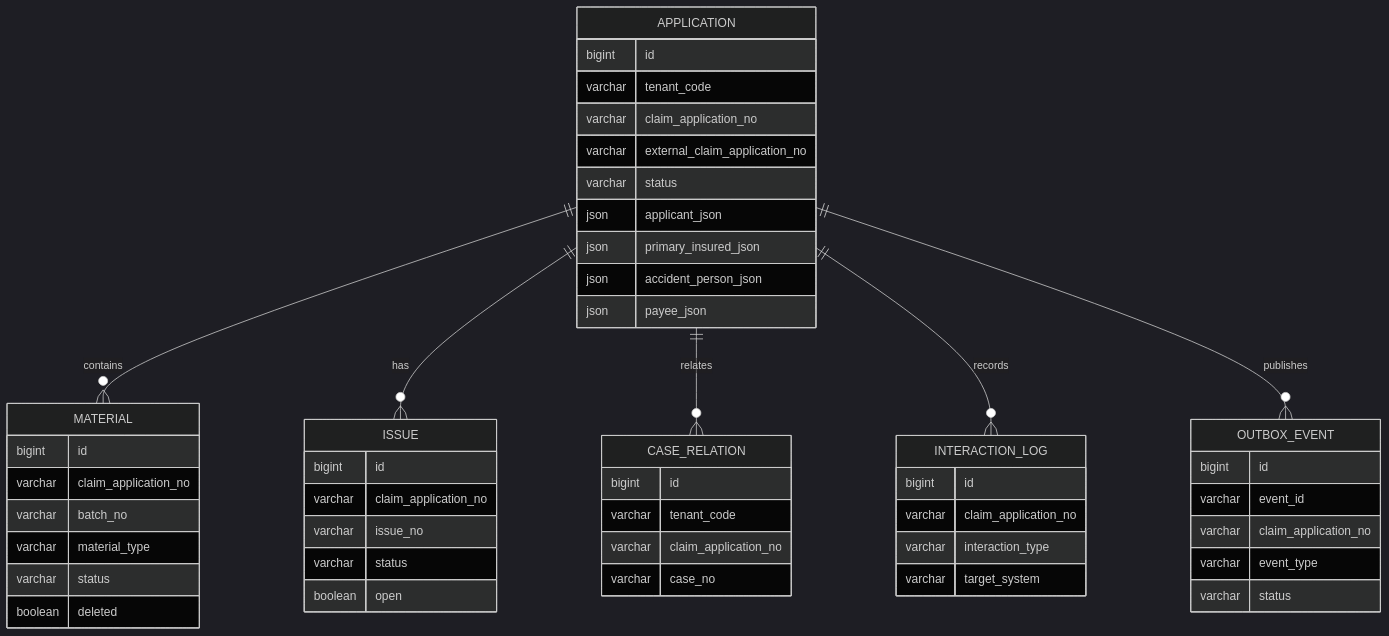
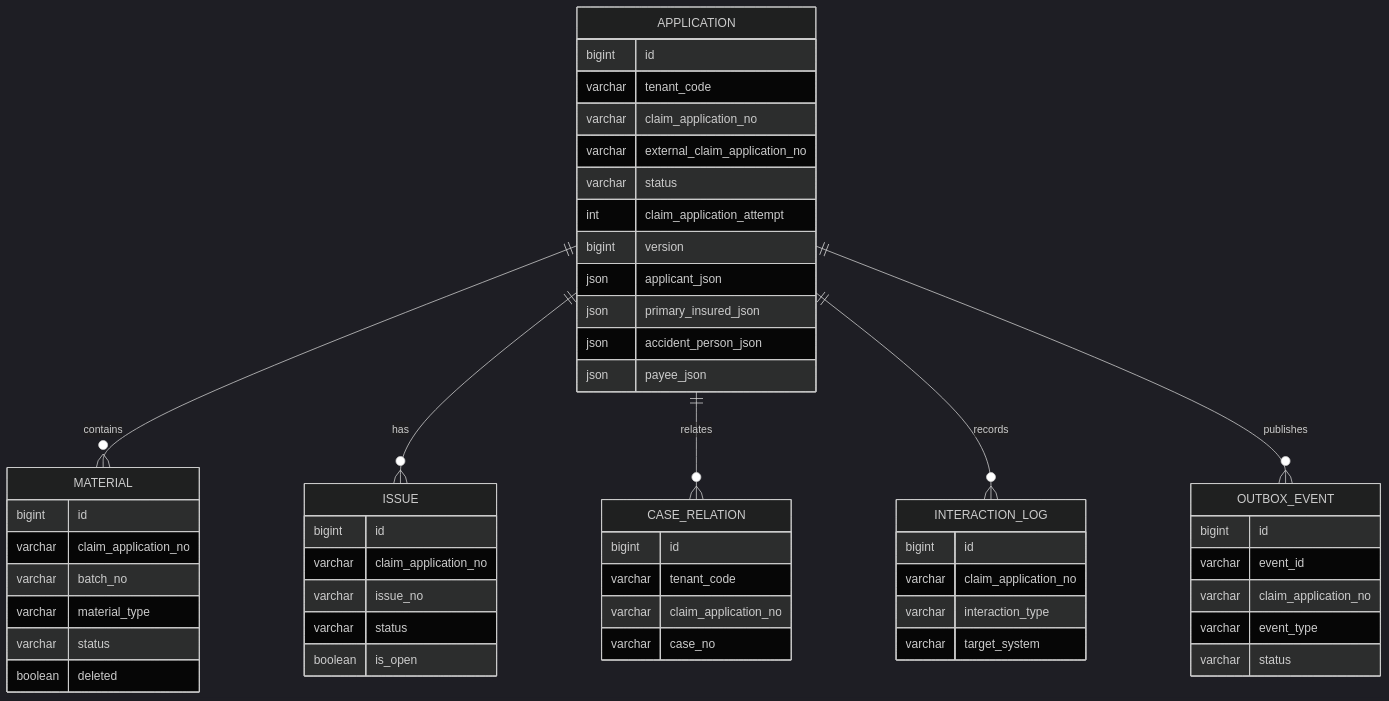
The third of 11 diagrams in docs/architecture/claim-application-architecture.md (wangguangwu/claim-integration-platform), drawn with Mermaid (dark theme) before and after one commit. The commit also changed other lines of this file and 118 other files, not shown here.

Commit message:
落地 024 理赔受理聚合根重设计：ClaimApplication 统一收敛材料与问题件，补齐乐观锁与详情读模型

````diff
--- a/docs/architecture/claim-application-architecture.md
+++ b/docs/architecture/claim-application-architecture.md
@@ -150,59 +159,61 @@
 ```mermaid
 erDiagram
     APPLICATION ||--o{ MATERIAL : contains
     APPLICATION ||--o{ ISSUE : has
     APPLICATION ||--o{ CASE_RELATION : relates
     APPLICATION ||--o{ INTERACTION_LOG : records
     APPLICATION ||--o{ OUTBOX_EVENT : publishes
 
     APPLICATION {
         bigint id
         varchar tenant_code
         varchar claim_application_no
         varchar external_claim_application_no
         varchar status
+        int claim_application_attempt
+        bigint version
         json applicant_json
         json primary_insured_json
         json accident_person_json
         json payee_json
     }
 
     MATERIAL {
         bigint id
         varchar claim_application_no
         varchar batch_no
         varchar material_type
         varchar status
         boolean deleted
     }
 
     ISSUE {
         bigint id
         varchar claim_application_no
         varchar issue_no
         varchar status
-        boolean open
+        boolean is_open
     }
 
     CASE_RELATION {
         bigint id
         varchar tenant_code
         varchar claim_application_no
         varchar case_no
     }
 
     INTERACTION_LOG {
         bigint id
         varchar claim_application_no
         varchar interaction_type
         varchar target_system
     }
 
     OUTBOX_EVENT {
         bigint id
         varchar event_id
         varchar claim_application_no
         varchar event_type
         varchar status
     }
 ```
````
